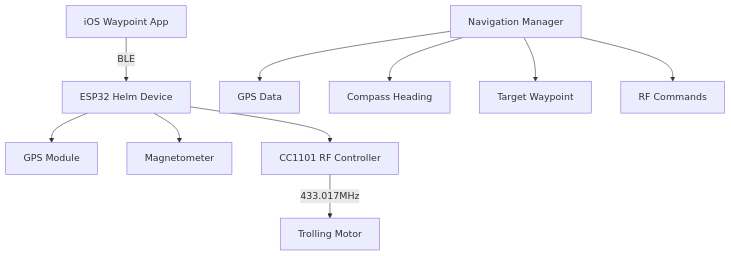
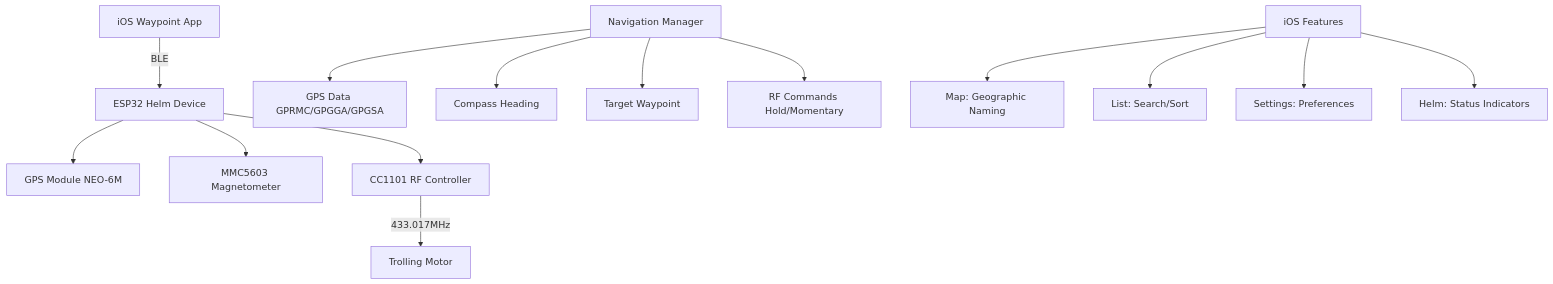
The diagram in README.md (brentonford/AutoHelm), drawn with Mermaid before and after one commit. The commit also changed other lines of this file and 1 other file, not shown here.

````diff
--- a/README.md
+++ b/README.md
@@ -35,13 +37,18 @@
 ```mermaid
 graph TB
     A[iOS Waypoint App] -->|BLE| B[ESP32 Helm Device]
-    B --> C[GPS Module]
-    B --> D[Magnetometer]
+    B --> C[GPS Module NEO-6M]
+    B --> D[MMC5603 Magnetometer]
     B --> F[CC1101 RF Controller]
     F -->|433.017MHz| H[Trolling Motor]
     
-    I[Navigation Manager] --> J[GPS Data]
+    I[Navigation Manager] --> J[GPS Data GPRMC/GPGGA/GPGSA]
     I --> K[Compass Heading]
     I --> L[Target Waypoint]
-    I --> M[RF Commands]
+    I --> M[RF Commands Hold/Momentary]
+    
+    N[iOS Features] --> O[Map: Geographic Naming]
+    N --> P[List: Search/Sort]
+    N --> Q[Settings: Preferences]
+    N --> R[Helm: Status Indicators]
 ```
````
